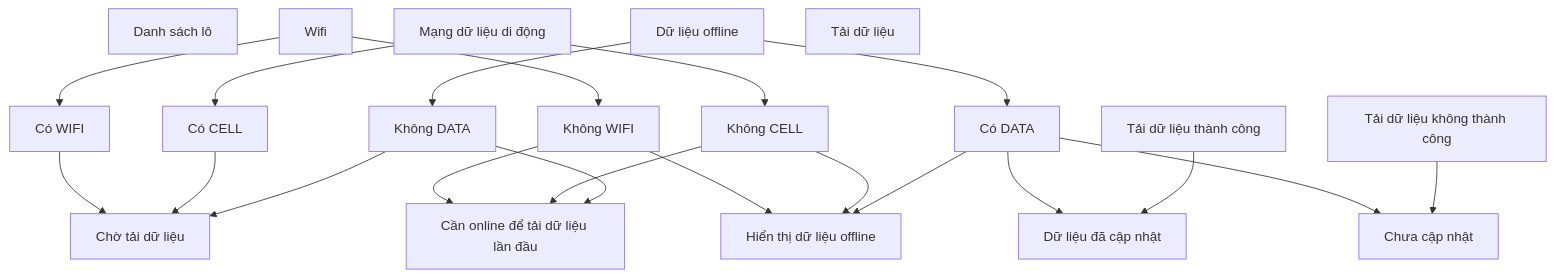
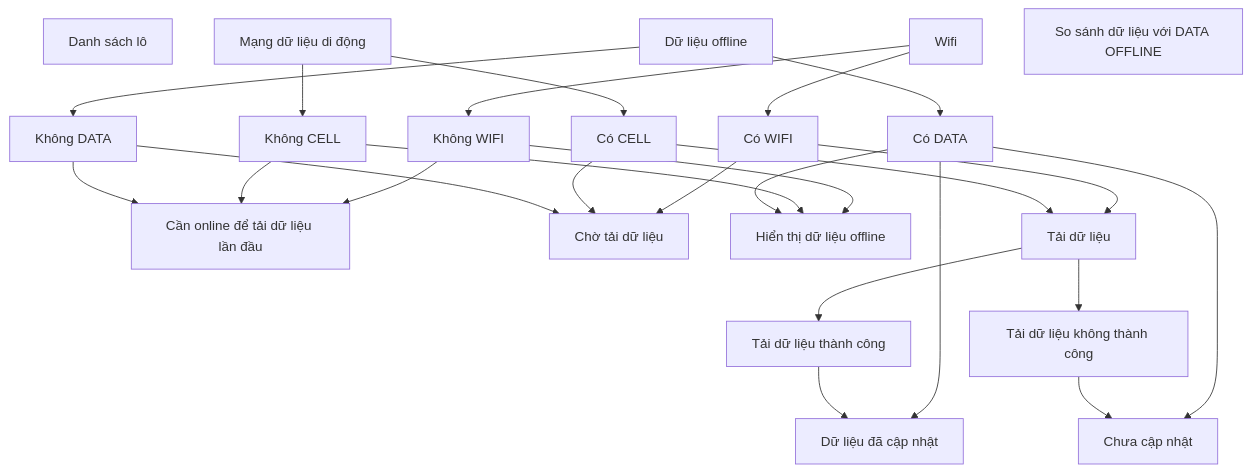
The diagram in docs/batches-flow.md (trethanhphat/tre-thanh-phat-pwa-docs), drawn with Mermaid before and after one commit.

````diff
--- a/docs/batches-flow.md
+++ b/docs/batches-flow.md
@@ -1,52 +1,63 @@
 ```mermaid
 flowchart TD
 A["Danh sách lô"]
 CELL["Mạng dữ liệu di động"]
 
 CELL --> CELL-Y["Có CELL"]
 CELL --> CELL-N["Không CELL"]
 
 WIFI["Wifi"]
 
 WIFI --> WIFI-Y["Có WIFI"]
 WIFI --> WIFI-N["Không WIFI"]
 
 DATA["Dữ liệu offline"]
 
 DATA --> DATA-Y["Có DATA"]
 DATA --> DATA-N["Không DATA"]
 
 
 
 EMPTY["Cần online để tải dữ liệu lần đầu"]
 
 WIFI-N --> EMPTY
 CELL-N --> EMPTY
 DATA-N --> EMPTY
 
 WAIT["Chờ tải dữ liệu"]
 
 WIFI-Y --> WAIT
 CELL-Y --> WAIT
 DATA-N --> WAIT
 
 
 OFFLINE["Hiển thị dữ liệu offline"]
 
 WIFI-N --> OFFLINE
 CELL-N --> OFFLINE
 DATA-Y --> OFFLINE
 
 FETCH["Tải dữ liệu"]
+
+WIFI-Y --> FETCH
+CELL-Y --> FETCH
+
 FETCH-Y["Tải dữ liệu thành công"]
 FETCH-N["Tải dữ liệu không thành công"]
+
+FETCH --> FETCH-Y
+FETCH --> FETCH-N
 
 SUCCESS["Dữ liệu đã cập nhật"]
 
 DATA-Y --> SUCCESS
 FETCH-Y --> SUCCESS
 
 FAIL["Chưa cập nhật"]
 DATA-Y --> FAIL
 FETCH-N --> FAIL
+
+COMPARE["So sánh dữ liệu với DATA OFFLINE"]
+
+
 ```
````
